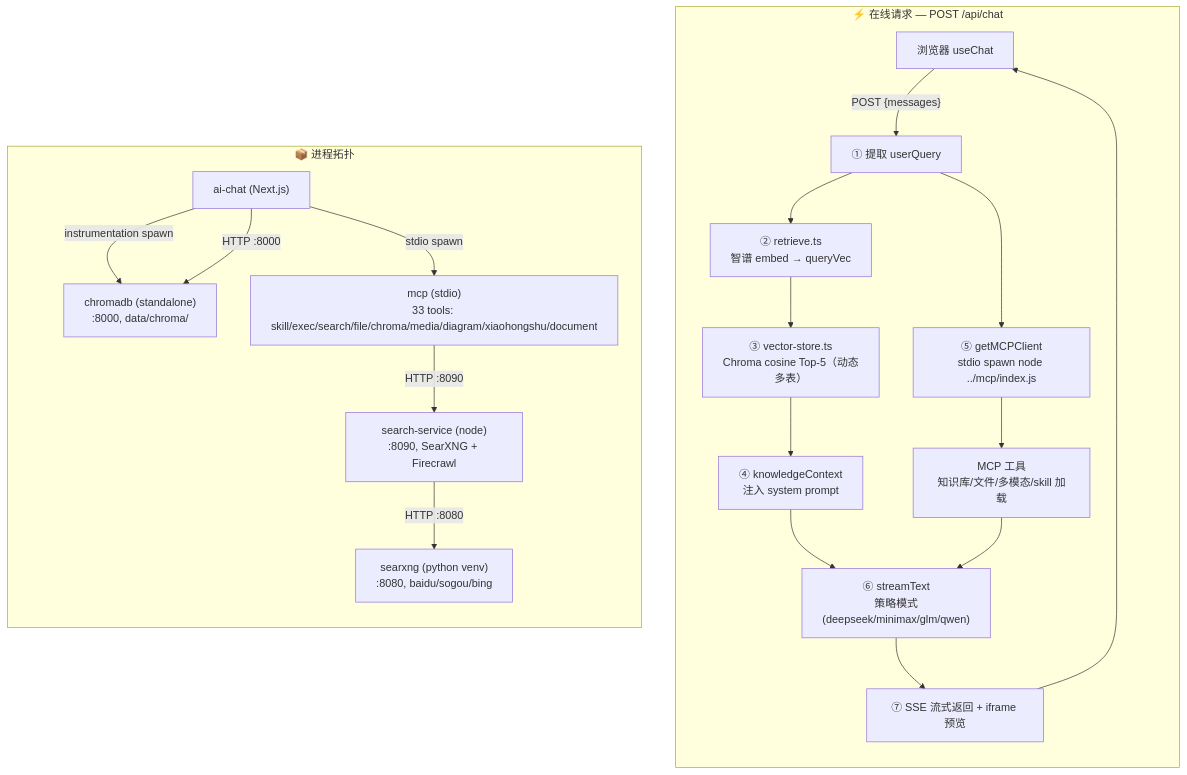
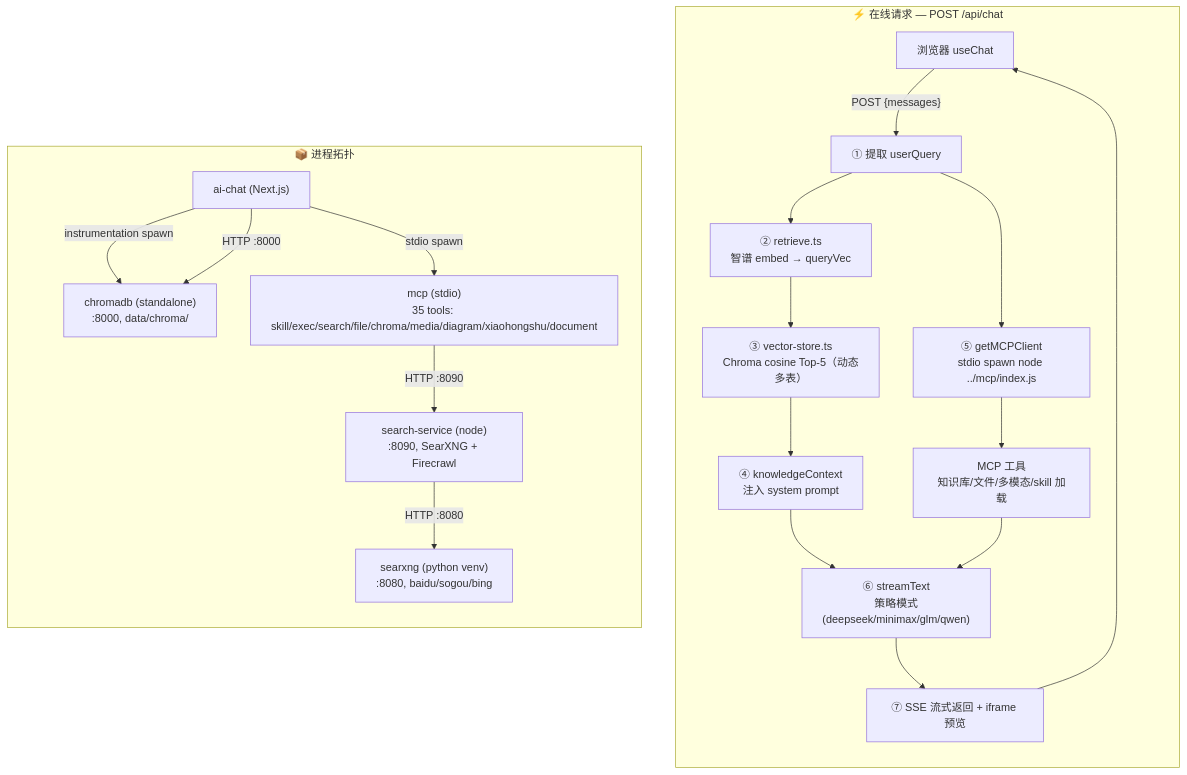
Before and after one commit to xiaoshengkai/xiaoshengkai-ai: the diagram in DESIGN.md, drawn with Mermaid. The commit also changed 14 other files, not shown here.

````diff
--- a/DESIGN.md
+++ b/DESIGN.md
@@ -32,35 +32,35 @@
 ```mermaid
 flowchart TD
   subgraph ON["⚡ 在线请求 — POST /api/chat"]
     direction TB
     U["浏览器 useChat"]
     R1["① 提取 userQuery"]
     R2["② retrieve.ts<br/>智谱 embed → queryVec"]
     R3["③ vector-store.ts<br/>Chroma cosine Top-5（动态多表）"]
     R4["④ knowledgeContext<br/>注入 system prompt"]
     R5["⑤ getMCPClient<br/>stdio spawn node ../mcp/index.js"]
     R6["MCP 工具<br/>知识库/文件/多模态/skill 加载"]
     R7["⑥ streamText<br/>策略模式(deepseek/minimax/glm/qwen)"]
     R8["⑦ SSE 流式返回 + iframe 预览"]
     U -->|"POST {messages}"| R1
     R1 --> R2 --> R3 --> R4
     R1 --> R5 --> R6
     R4 --> R7
     R6 --> R7
     R7 --> R8 --> U
   end
 
   subgraph PROC["📦 进程拓扑"]
     direction TB
     A1["ai-chat (Next.js)"]
     A2["chromadb (standalone)<br/>:8000, data/chroma/"]
-    A4["mcp (stdio)<br/>33 tools: skill/exec/search/file/chroma/media/diagram/xiaohongshu/document"]
+    A4["mcp (stdio)<br/>35 tools: skill/exec/search/file/chroma/media/diagram/xiaohongshu/document"]
     A5["searxng (python venv)<br/>:8080, baidu/sogou/bing"]
     A6["search-service (node)<br/>:8090, SearXNG + Firecrawl"]
     A1 -->|"instrumentation spawn"| A2
     A1 -->|"HTTP :8000"| A2
     A1 -->|"stdio spawn"| A4
     A4 -->|"HTTP :8090"| A6
     A6 -->|"HTTP :8080"| A5
   end
 ```
````
